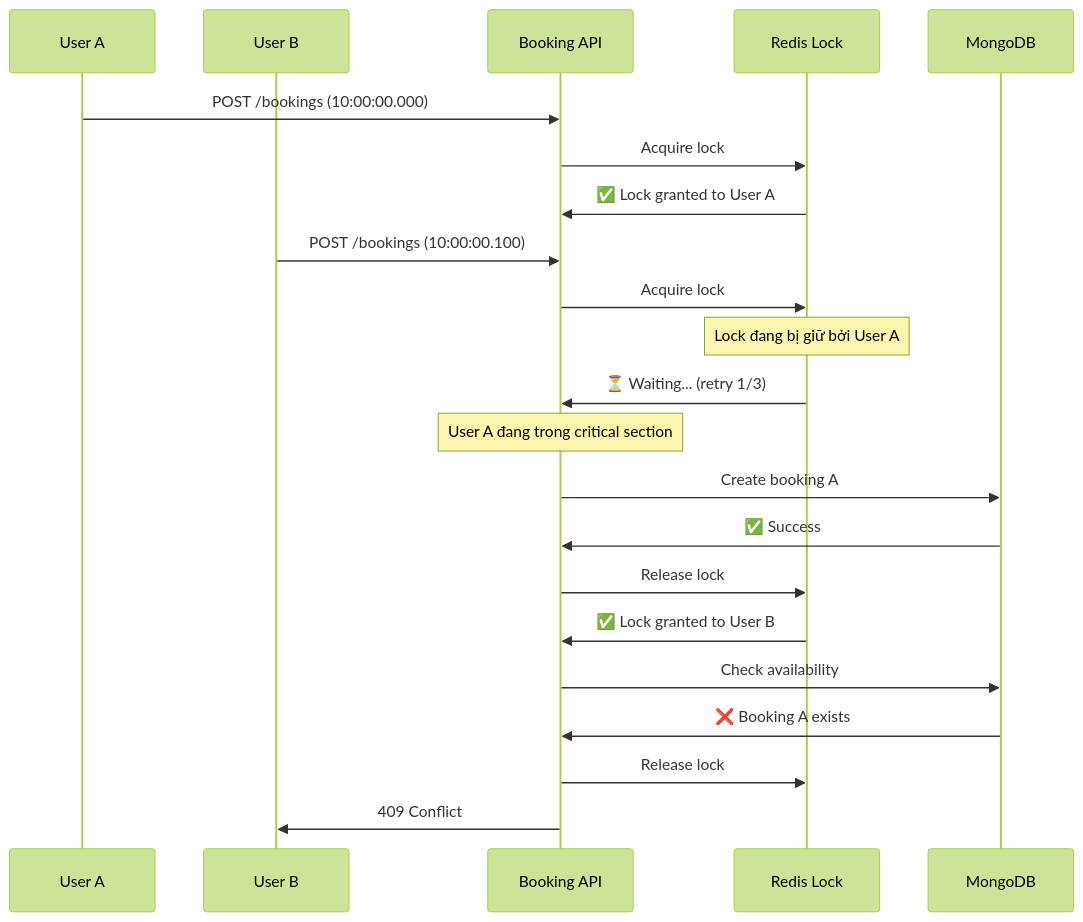
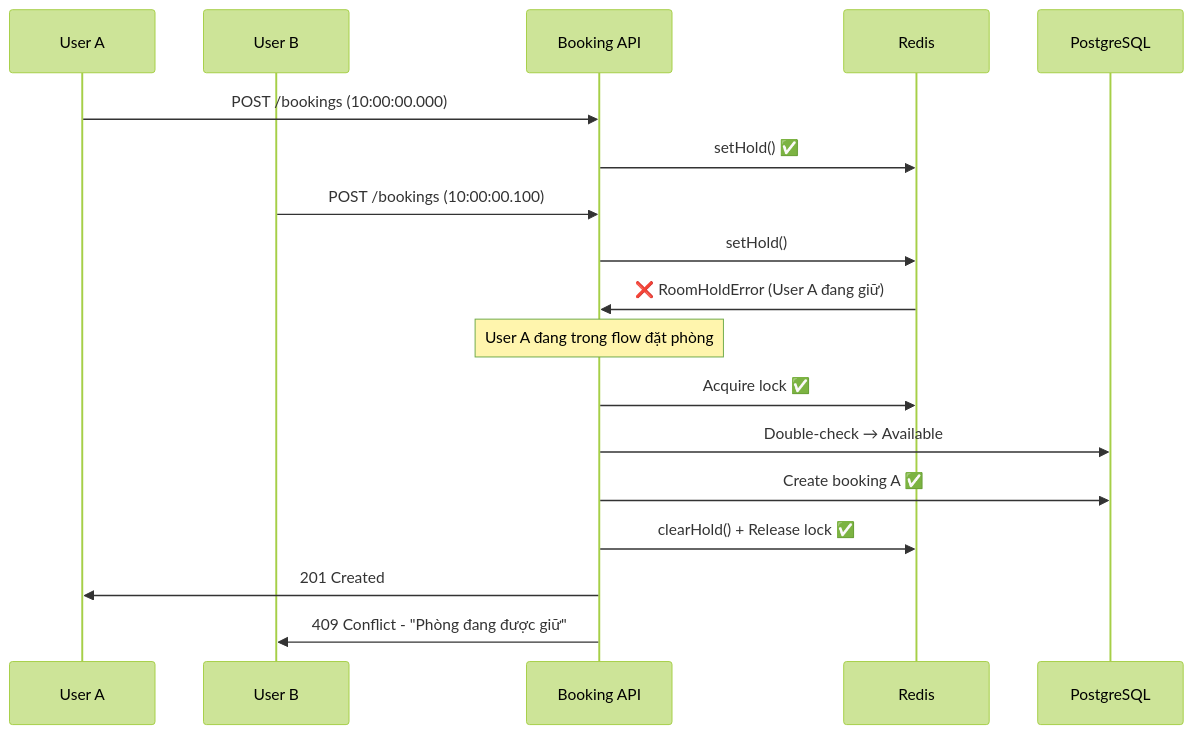
One commit to khadonnn/stazy_travel changed the fourth of 4 diagrams in infomation_md/REDIS_LOCK_OVERBOOKING.md. Above: the diagram before and after it, drawn with Mermaid (forest theme). The commit also changed other lines of this file and 5 other files, not shown here.

````diff
--- a/infomation_md/REDIS_LOCK_OVERBOOKING.md
+++ b/infomation_md/REDIS_LOCK_OVERBOOKING.md
@@ -397,28 +531,24 @@
 ```mermaid
 sequenceDiagram
     participant U1 as User A
     participant U2 as User B
     participant API as Booking API
-    participant Redis as Redis Lock
-    participant DB as MongoDB
+    participant Redis as Redis
+    participant DB as PostgreSQL
 
     U1->>API: POST /bookings (10:00:00.000)
-    API->>Redis: Acquire lock
-    Redis->>API: ✅ Lock granted to User A
+    API->>Redis: setHold() ✅
 
     U2->>API: POST /bookings (10:00:00.100)
-    API->>Redis: Acquire lock
-    Note over Redis: Lock đang bị giữ bởi User A
-    Redis->>API: ⏳ Waiting... (retry 1/3)
+    API->>Redis: setHold()
+    Redis->>API: ❌ RoomHoldError (User A đang giữ)
 
-    Note over API: User A đang trong critical section
-    API->>DB: Create booking A
-    DB->>API: ✅ Success
-    API->>Redis: Release lock
+    Note over API: User A đang trong flow đặt phòng
+    API->>Redis: Acquire lock ✅
+    API->>DB: Double-check → Available
+    API->>DB: Create booking A ✅
+    API->>Redis: clearHold() + Release lock ✅
 
-    Redis->>API: ✅ Lock granted to User B
-    API->>DB: Check availability
-    DB->>API: ❌ Booking A exists
-    API->>Redis: Release lock
-    API->>U2: 409 Conflict
+    API->>U1: 201 Created
+    API->>U2: 409 Conflict - "Phòng đang được giữ"
 ```
````
